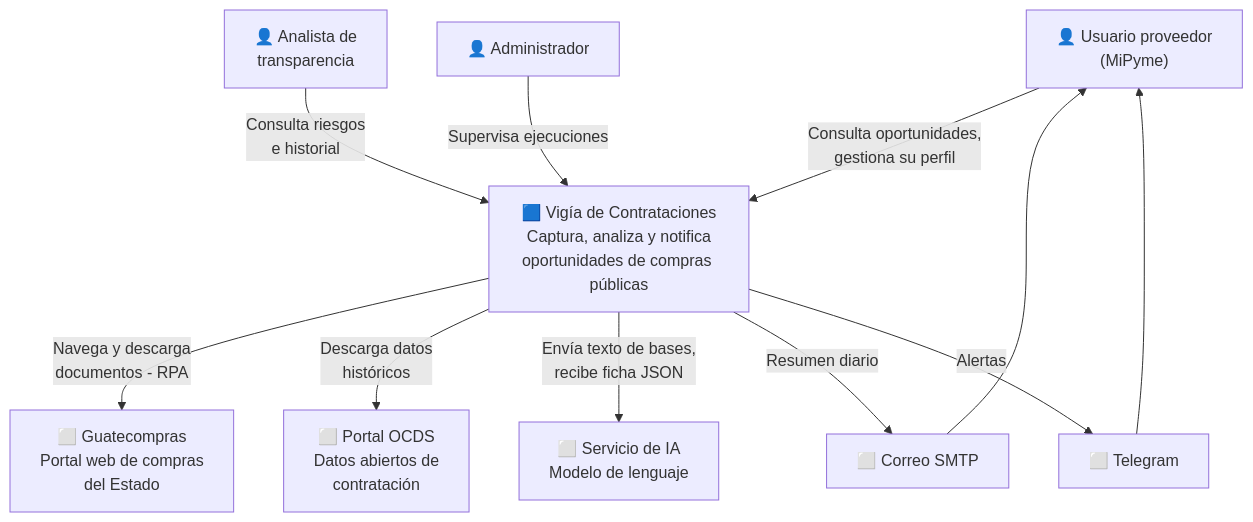
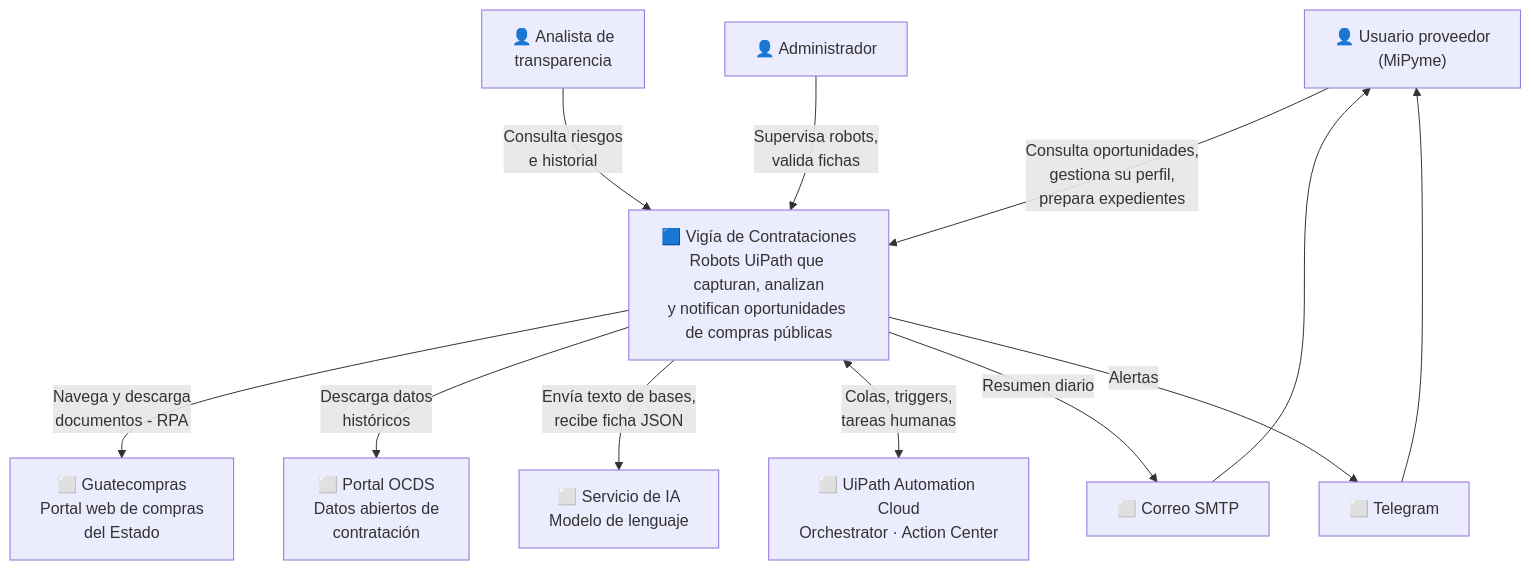
Before and after one commit to DenisArango/GuateComprasRPA: the first of 5 diagrams in docs/05-arquitectura.md, drawn with Mermaid. The commit also changed other lines of this file and 776 other files, not shown here.

````diff
--- a/docs/05-arquitectura.md
+++ b/docs/05-arquitectura.md
@@ -29,26 +29,28 @@
 ```mermaid
 flowchart TB
     U["👤 Usuario proveedor<br/>(MiPyme)"]
     A["👤 Analista de<br/>transparencia"]
     AD["👤 Administrador"]
 
-    V["🟦 Vigía de Contrataciones<br/>Captura, analiza y notifica<br/>oportunidades de compras públicas"]
+    V["🟦 Vigía de Contrataciones<br/>Robots UiPath que capturan, analizan<br/>y notifican oportunidades de compras públicas"]
 
     GC["⬜ Guatecompras<br/>Portal web de compras<br/>del Estado"]
     OC["⬜ Portal OCDS<br/>Datos abiertos de<br/>contratación"]
     LLM["⬜ Servicio de IA<br/>Modelo de lenguaje"]
+    UIP["⬜ UiPath Automation Cloud<br/>Orchestrator · Action Center"]
     MAIL["⬜ Correo SMTP"]
     TG["⬜ Telegram"]
 
-    U -->|Consulta oportunidades,<br/>gestiona su perfil| V
+    U -->|Consulta oportunidades,<br/>gestiona su perfil,<br/>prepara expedientes| V
     A -->|Consulta riesgos<br/>e historial| V
-    AD -->|Supervisa ejecuciones| V
+    AD -->|Supervisa robots,<br/>valida fichas| V
 
     V -->|Navega y descarga<br/>documentos - RPA| GC
     V -->|Descarga datos<br/>históricos| OC
     V -->|Envía texto de bases,<br/>recibe ficha JSON| LLM
+    V <-->|Colas, triggers,<br/>tareas humanas| UIP
     V -->|Resumen diario| MAIL
     V -->|Alertas| TG
     MAIL --> U
     TG --> U
 ```
````
